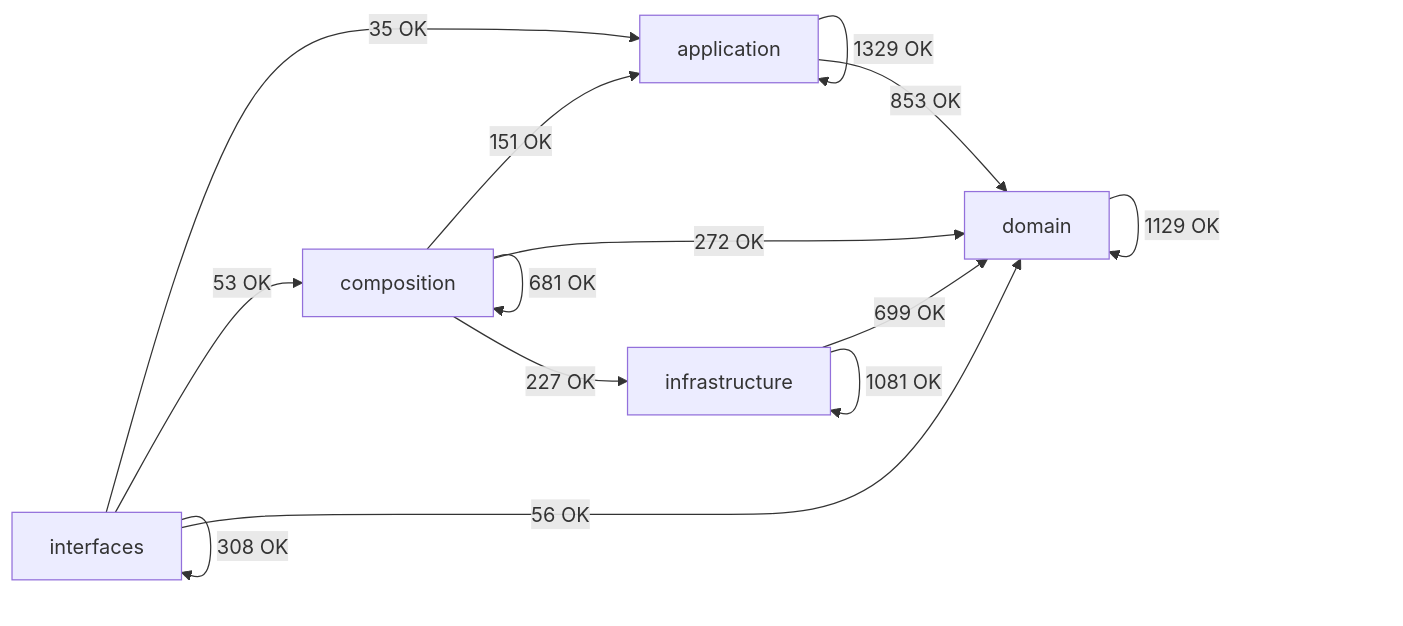
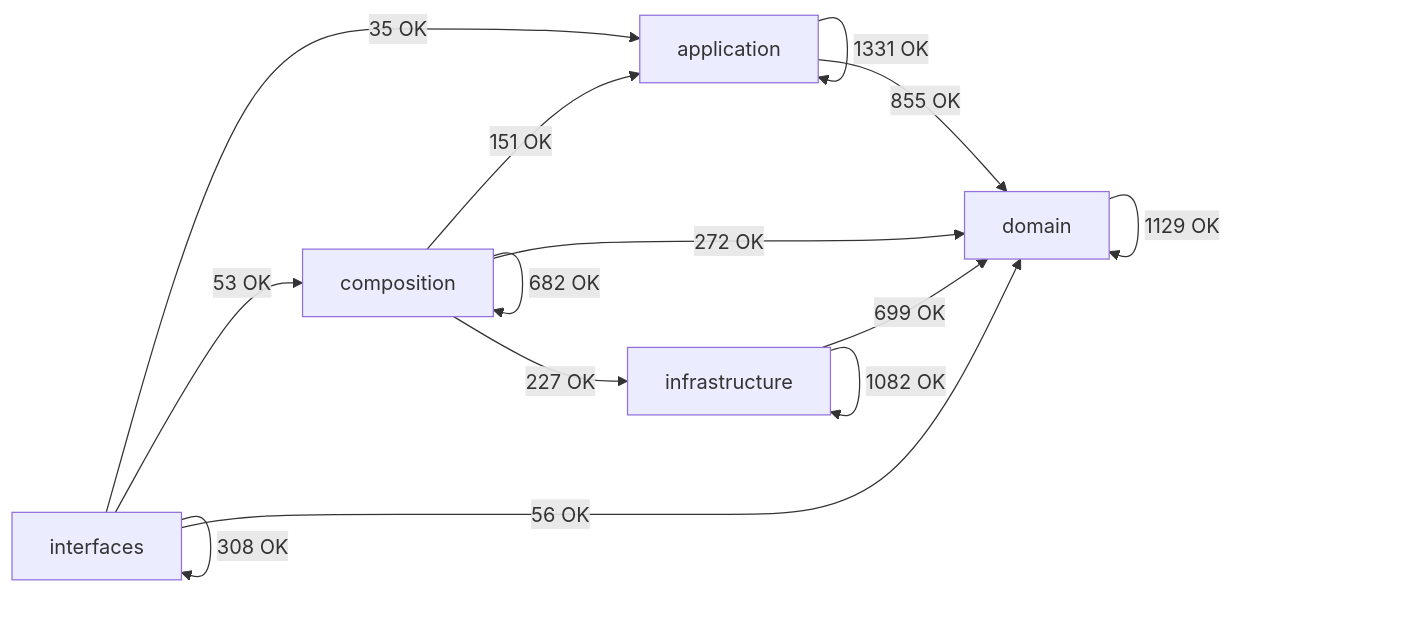
Before and after one commit to SatoryKono/BioactivityDataAcquisition: the diagram in docs/02-architecture/generated/module-dependency-map.md, drawn with Mermaid. The commit also changed other lines of this file and 3 other files, not shown here.

````diff
--- a/docs/02-architecture/generated/module-dependency-map.md
+++ b/docs/02-architecture/generated/module-dependency-map.md
@@ -17,21 +17,21 @@
 ```mermaid
 flowchart LR
     domain[domain]
     application[application]
     infrastructure[infrastructure]
     composition[composition]
     interfaces[interfaces]
-    application -->|1329 OK| application
-    application -->|853 OK| domain
+    application -->|1331 OK| application
+    application -->|855 OK| domain
     composition -->|151 OK| application
-    composition -->|681 OK| composition
+    composition -->|682 OK| composition
     composition -->|272 OK| domain
     composition -->|227 OK| infrastructure
     domain -->|1129 OK| domain
     infrastructure -->|699 OK| domain
-    infrastructure -->|1081 OK| infrastructure
+    infrastructure -->|1082 OK| infrastructure
     interfaces -->|35 OK| application
     interfaces -->|53 OK| composition
     interfaces -->|56 OK| domain
     interfaces -->|308 OK| interfaces
 ```
````
